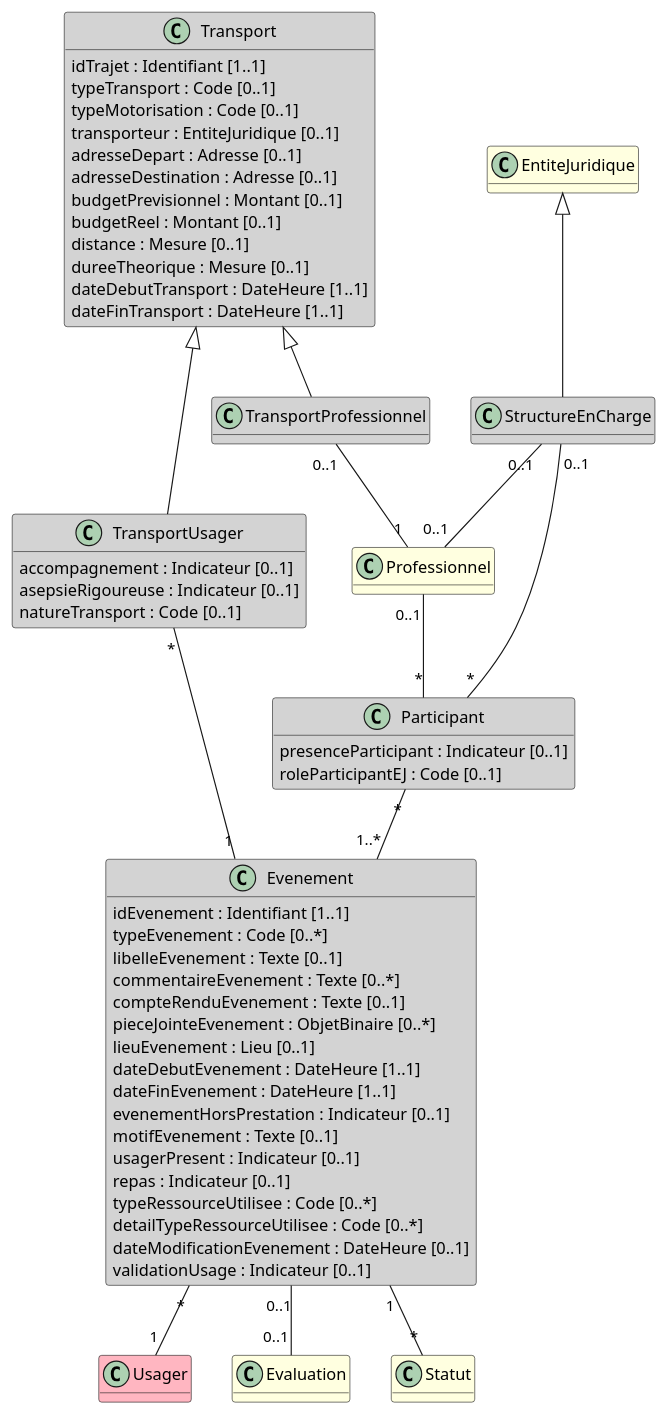
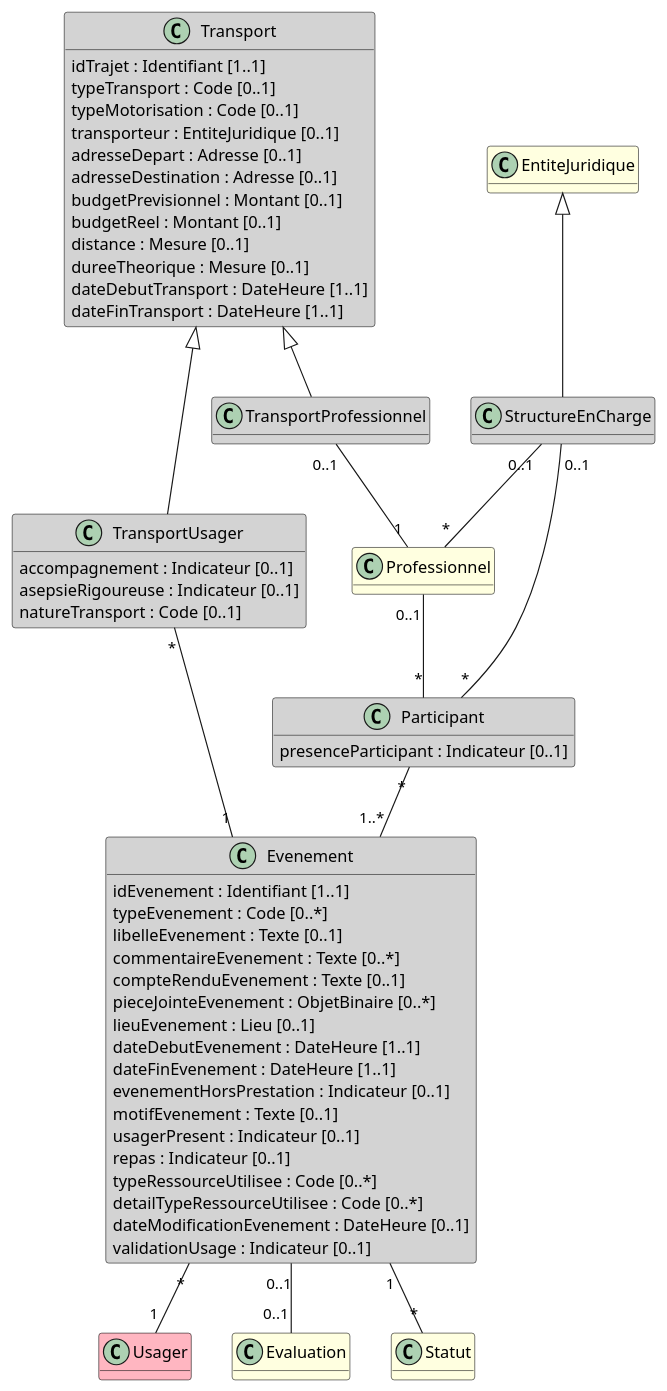
One commit to ansforge/IG-fhir-medicosocial-transfert-donnees-dui changed the diagram in input/images-source/bloc_evenement.plantuml. Above: the diagram before and after it, drawn with PlantUML. The commit also changed 1 other file, not shown here.

Commit message:
lot2 SFE modification role participant (#444)
* lot2 participant

* lot2 participant

```diff
--- a/input/images-source/bloc_evenement.plantuml
+++ b/input/images-source/bloc_evenement.plantuml
@@ -1,85 +1,84 @@
 @startuml
 
 hide empty methods
 
 class Usager #LightPink
 
 class TransportProfessionnel #LightGray
 
 class Evaluation #LightYellow
 
 class Professionnel #LightYellow
 
 class EntiteJuridique #LightYellow
 
 class StructureEnCharge #LightGray
 
 class Statut #LightYellow 
 
 class Transport #LightGray {
     idTrajet : Identifiant [1..1]
     typeTransport : Code [0..1]
     typeMotorisation : Code [0..1]
     transporteur : EntiteJuridique [0..1]
     adresseDepart : Adresse [0..1]
     adresseDestination : Adresse [0..1]
     budgetPrevisionnel : Montant [0..1]
     budgetReel : Montant [0..1]
     distance : Mesure [0..1]
     dureeTheorique : Mesure [0..1]
     dateDebutTransport : DateHeure [1..1]
     dateFinTransport : DateHeure [1..1]
 }
 
 class TransportUsager #LightGray {
     accompagnement : Indicateur [0..1]
     asepsieRigoureuse : Indicateur [0..1]
     natureTransport : Code [0..1]
 }
 
 class Evenement #LightGray {
     idEvenement : Identifiant [1..1]
     typeEvenement : Code [0..*]
     libelleEvenement : Texte [0..1]
     commentaireEvenement : Texte [0..*]
     compteRenduEvenement : Texte [0..1]
     pieceJointeEvenement : ObjetBinaire [0..*]
     lieuEvenement : Lieu [0..1]
     dateDebutEvenement : DateHeure [1..1]
     dateFinEvenement : DateHeure [1..1]
     evenementHorsPrestation : Indicateur [0..1]
     motifEvenement : Texte [0..1]
     usagerPresent : Indicateur [0..1]
     repas : Indicateur [0..1]
     typeRessourceUtilisee : Code [0..*]
     detailTypeRessourceUtilisee : Code [0..*]
     dateModificationEvenement : DateHeure [0..1]
     validationUsage : Indicateur [0..1]
 }
 
 class Participant #LightGray {
     presenceParticipant : Indicateur [0..1]
-    roleParticipantEJ : Code [0..1]
 }
 
 Transport <|- TransportUsager
 Transport <|-- TransportProfessionnel
 
 EntiteJuridique <|-- StructureEnCharge
 
 Evenement "*" -- "1" Usager
 Participant "*" -- "1..*" Evenement
 Professionnel "0..1" -- "*" Participant
 
 
 TransportUsager "*" -- "1" Evenement
 
 TransportProfessionnel "0..1" -- "1" Professionnel
 
 Evenement "0..1" -- "0..1" Evaluation
 Evenement "1" -- "*" Statut
 
 StructureEnCharge "0..1" -- "*" Participant
-StructureEnCharge "0..1" -- "0..1" Professionnel
+StructureEnCharge "0..1" -- "*" Professionnel
 
 @enduml
```
